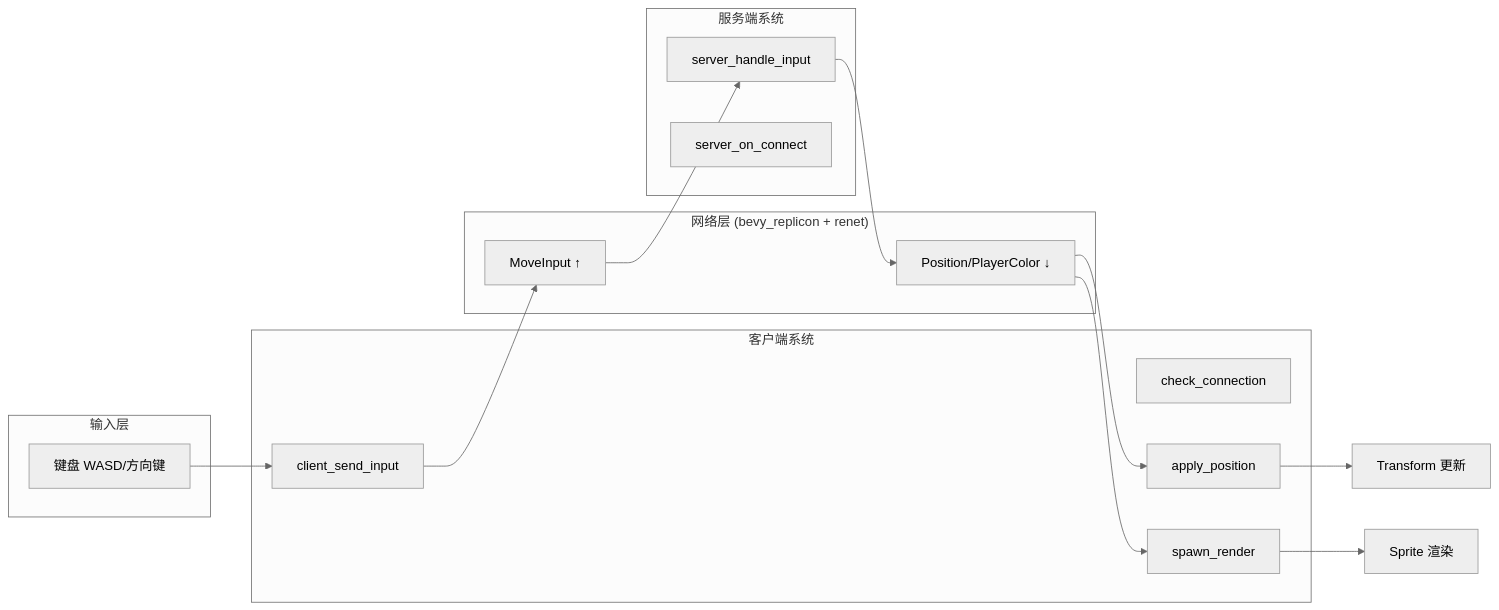
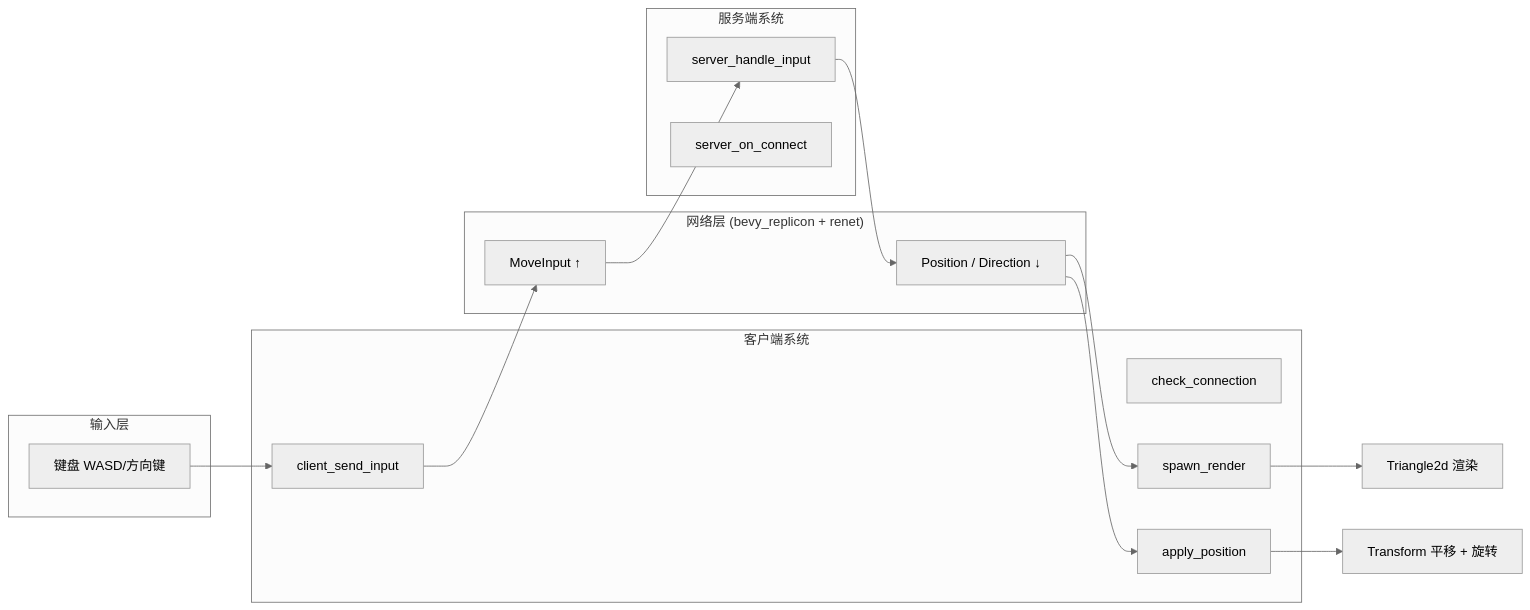
Before and after one commit to kindywu/simple_bevy: the sixth of 6 diagrams in DESIGN.md, drawn with Mermaid (neutral theme). The commit also changed other lines of this file and 1 other file, not shown here.

````diff
--- a/DESIGN.md
+++ b/DESIGN.md
@@ -149,32 +155,32 @@
 ```mermaid
 graph LR
     subgraph Input["输入层"]
         K[键盘 WASD/方向键]
     end
 
     subgraph ClientSys["客户端系统"]
         A[client_send_input]
         B[check_connection]
         C[spawn_render]
         D[apply_position]
     end
 
     subgraph Network["网络层 (bevy_replicon + renet)"]
         E[MoveInput ↑]
-        F[Position/PlayerColor ↓]
+        F[Position / Direction ↓]
     end
 
     subgraph ServerSys["服务端系统"]
         G[server_handle_input]
         H[server_on_connect]
     end
 
     K --> A
     A --> E
     E --> G
     G --> F
+    F --> C
     F --> D
-    F --> C
-    C --> I[Sprite 渲染]
-    D --> J[Transform 更新]
+    C --> I[Triangle2d 渲染]
+    D --> J[Transform 平移 + 旋转]
 ```
````
